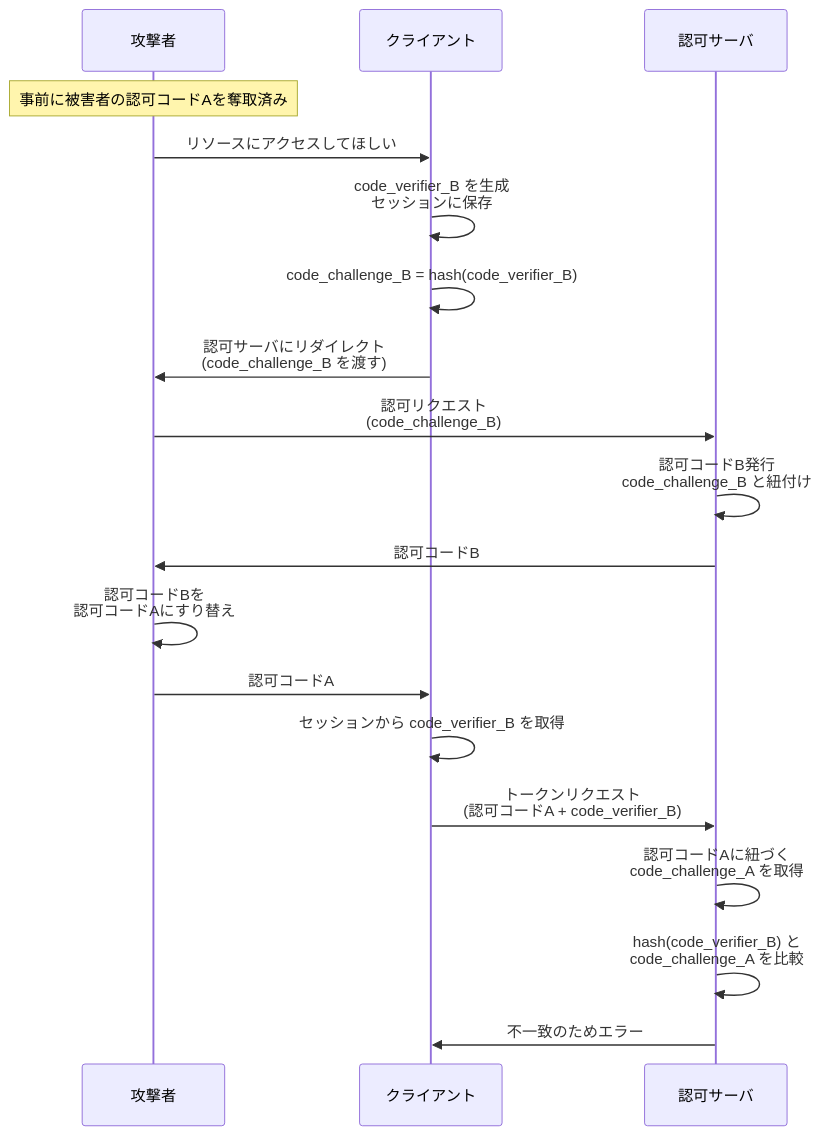
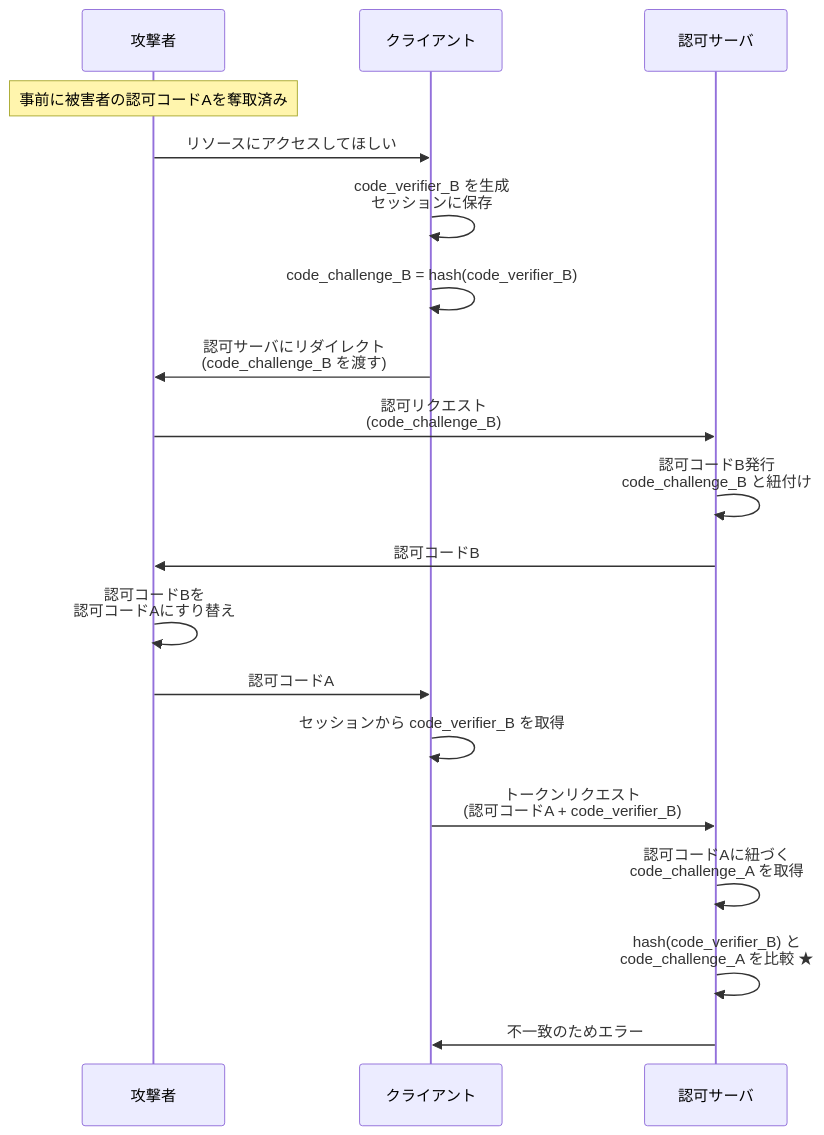
One commit to calloc134/zenn-dir changed the second of 2 diagrams in books/sikkari-oauth-oidc/11-token-theft-attack.md. Above: the diagram before and after it, drawn with Mermaid. The commit also changed other lines of this file and 1 other file, not shown here.

````diff
--- a/books/sikkari-oauth-oidc/11-token-theft-attack.md
+++ b/books/sikkari-oauth-oidc/11-token-theft-attack.md
@@ -91,22 +101,22 @@
 ```mermaid
 sequenceDiagram
     participant 攻撃者
     participant クライアント
     participant 認可サーバ
 
     Note over 攻撃者: 事前に被害者の認可コードAを奪取済み
     攻撃者->>クライアント: リソースにアクセスしてほしい
     クライアント->>クライアント: code_verifier_B を生成<br>セッションに保存
     クライアント->>クライアント: code_challenge_B = hash(code_verifier_B)
     クライアント->>攻撃者: 認可サーバにリダイレクト<br>(code_challenge_B を渡す)
     攻撃者->>認可サーバ: 認可リクエスト<br>(code_challenge_B)
     認可サーバ->>認可サーバ: 認可コードB発行<br>code_challenge_B と紐付け
     認可サーバ->>攻撃者: 認可コードB
     攻撃者->>攻撃者: 認可コードBを<br>認可コードAにすり替え
     攻撃者->>クライアント: 認可コードA
     クライアント->>クライアント: セッションから code_verifier_B を取得
     クライアント->>認可サーバ: トークンリクエスト<br>(認可コードA + code_verifier_B)
     認可サーバ->>認可サーバ: 認可コードAに紐づく<br>code_challenge_A を取得
-    認可サーバ->>認可サーバ: hash(code_verifier_B) と<br>code_challenge_A を比較
+    認可サーバ->>認可サーバ: hash(code_verifier_B) と<br>code_challenge_A を比較 ★
     認可サーバ->>クライアント: 不一致のためエラー
 ```
````
